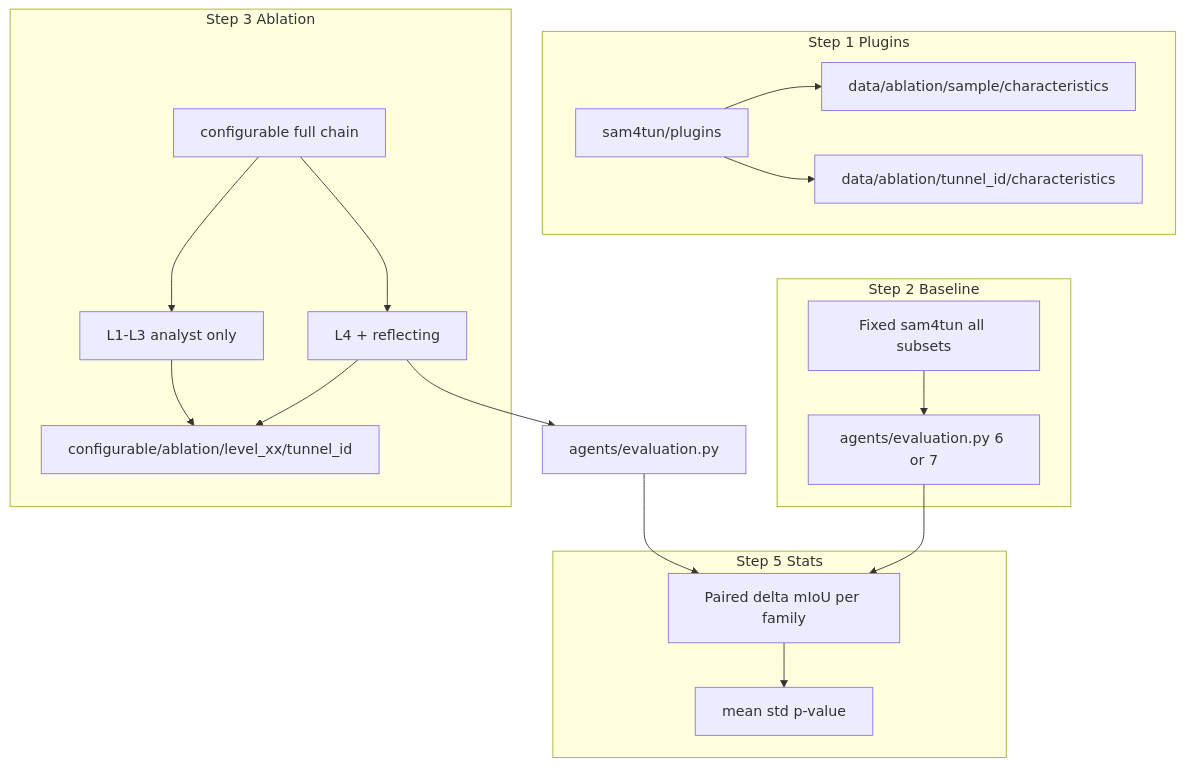
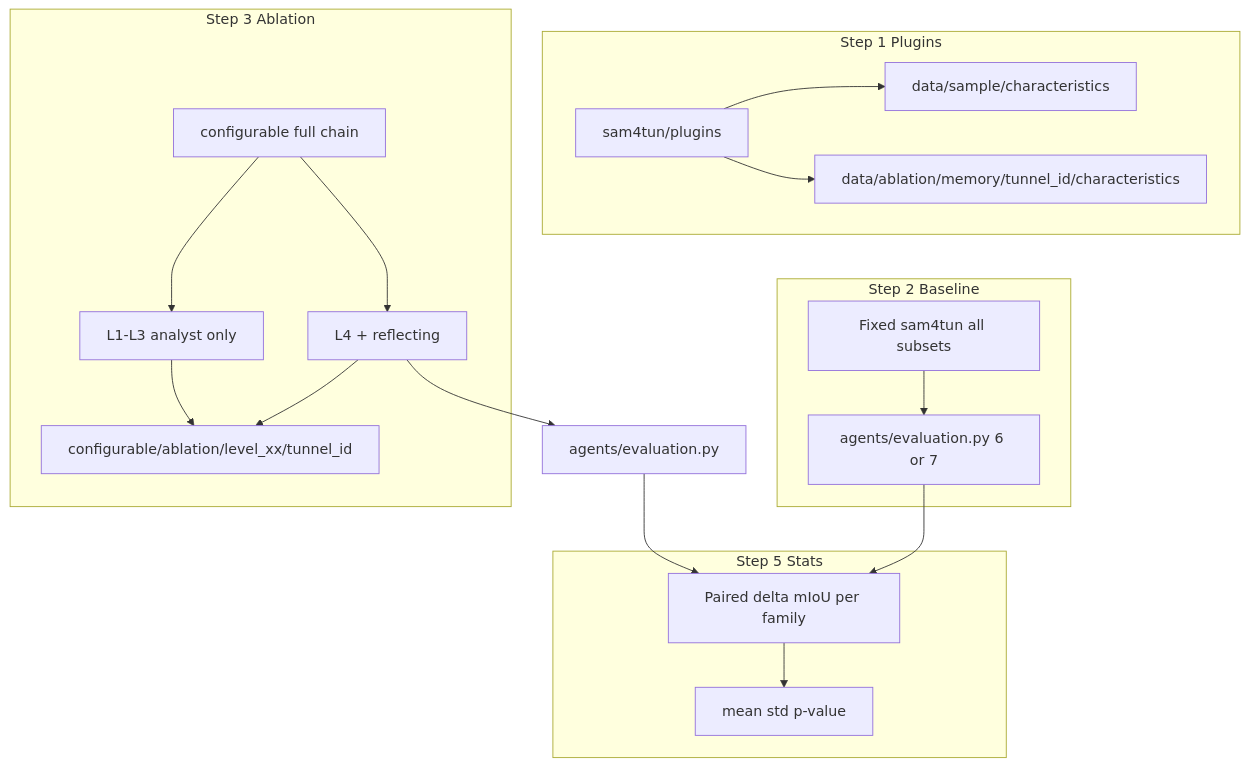
One commit to Tao-Robominds/R4Tun changed the diagram in methods/plans/steps/00_methodology_chain.md. Above: the diagram before and after it, drawn with Mermaid. The commit also changed other lines of this file and 19 other files, not shown here.

````diff
--- a/methods/plans/steps/00_methodology_chain.md
+++ b/methods/plans/steps/00_methodology_chain.md
@@ -104,32 +104,32 @@
 ```mermaid
 flowchart TB
   subgraph plugins [Step 1 Plugins]
     P[sam4tun/plugins]
-    S[data/ablation/sample/characteristics]
-    U[data/ablation/tunnel_id/characteristics]
+    S[data/sample/characteristics]
+    U[data/ablation/memory/tunnel_id/characteristics]
     P --> S
     P --> U
   end
   subgraph base [Step 2 Baseline]
     B[Fixed sam4tun all subsets]
     E1[agents/evaluation.py 6 or 7]
     B --> E1
   end
   subgraph abl [Step 3 Ablation]
     C[configurable full chain]
     A1[L1-L3 analyst only]
     A4[L4 + reflecting]
     C --> A1
     C --> A4
     PA[configurable/ablation/level_xx/tunnel_id]
     A1 --> PA
     A4 --> PA
   end
   subgraph stats [Step 5 Stats]
     T[Paired delta mIoU per family]
     T --> M[mean std p-value]
   end
   E1 --> T
   A4 --> E2[agents/evaluation.py]
   E2 --> T
 ```
````
